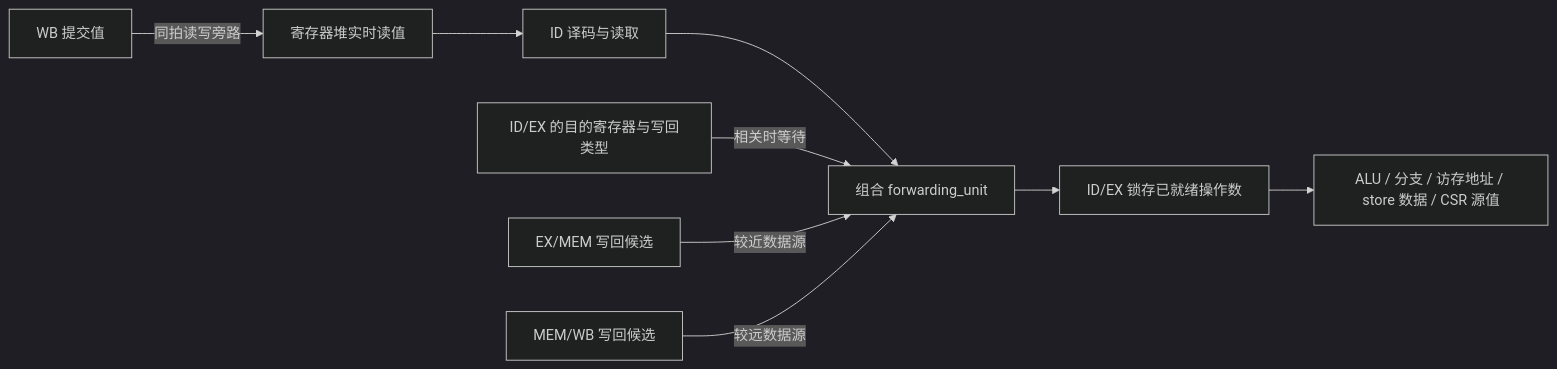
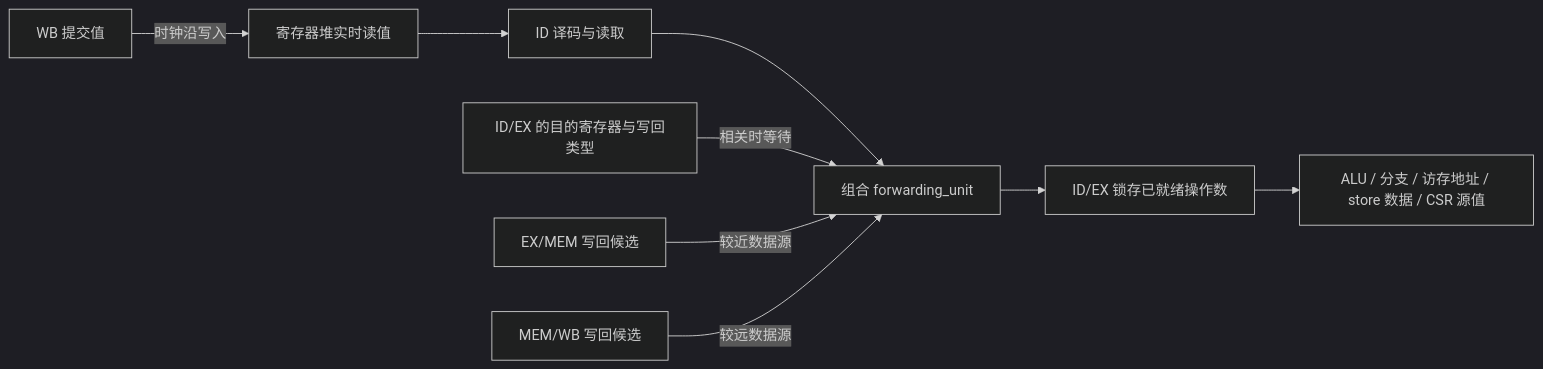
The diagram in FORWARDING.md (L1Ban404-computer-architecture/riscv-core), drawn with Mermaid (dark theme) before and after one commit. The commit also changed other lines of this file and 3 other files, not shown here.

````diff
--- a/FORWARDING.md
+++ b/FORWARDING.md
@@ -7,11 +7,11 @@
 ```mermaid
 flowchart LR
   GPR[寄存器堆实时读值] --> ID[ID 译码与读取]
-  WB[WB 提交值] -->|同拍读写旁路| GPR
+  WB[WB 提交值] -->|时钟沿写入| GPR
   ID --> F[组合 forwarding_unit]
   IE[ID/EX 的目的寄存器与写回类型] -->|相关时等待| F
   EM[EX/MEM 写回候选] -->|较近数据源| F
   MW[MEM/WB 写回候选] -->|较远数据源| F
   F --> R[ID/EX 锁存已就绪操作数]
   R --> EX[ALU / 分支 / 访存地址 / store 数据 / CSR 源值]
 ```
````
